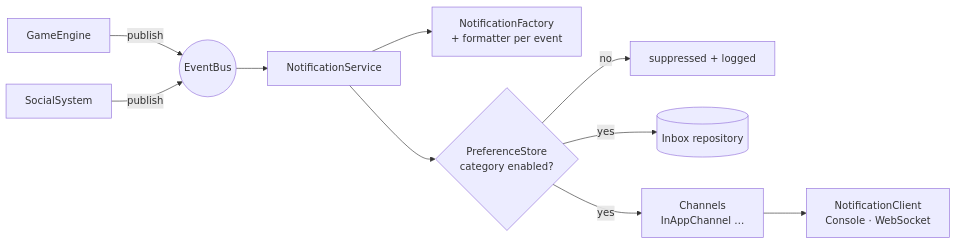
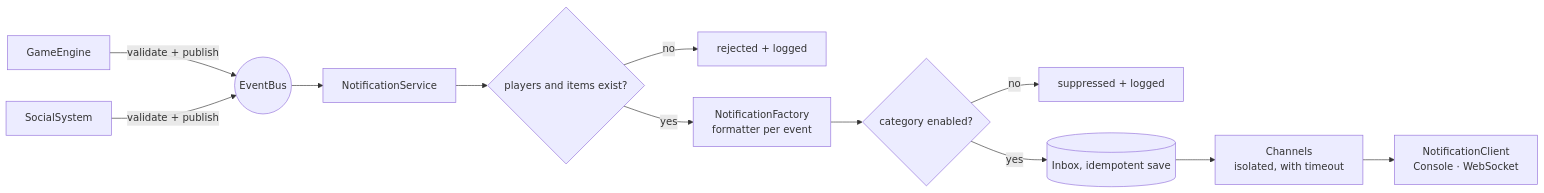
The diagram in README.md (HasnatHassan/globalliNotifications), drawn with Mermaid before and after one commit. The commit also changed other lines of this file and 62 other files, not shown here.

````diff
--- a/README.md
+++ b/README.md
@@ -105,12 +100,14 @@
 ```mermaid
 flowchart LR
-  GE[GameEngine] -- publish --> BUS((EventBus))
-  SS[SocialSystem] -- publish --> BUS
+  GE[GameEngine] -- validate + publish --> BUS((EventBus))
+  SS[SocialSystem] -- validate + publish --> BUS
   BUS --> SVC[NotificationService]
-  SVC --> F[NotificationFactory<br/>+ formatter per event]
-  SVC --> P{PreferenceStore<br/>category enabled?}
+  SVC --> V{players and items exist?}
+  V -- no --> RJ[rejected + logged]
+  V -- yes --> F[NotificationFactory<br/>formatter per event]
+  F --> P{category enabled?}
   P -- no --> X[suppressed + logged]
-  P -- yes --> R[(Inbox repository)]
-  P -- yes --> CH[Channels<br/>InAppChannel …]
+  P -- yes --> R[(Inbox, idempotent save)]
+  R --> CH[Channels<br/>isolated, with timeout]
   CH --> C[NotificationClient<br/>Console · WebSocket]
 ```
````
